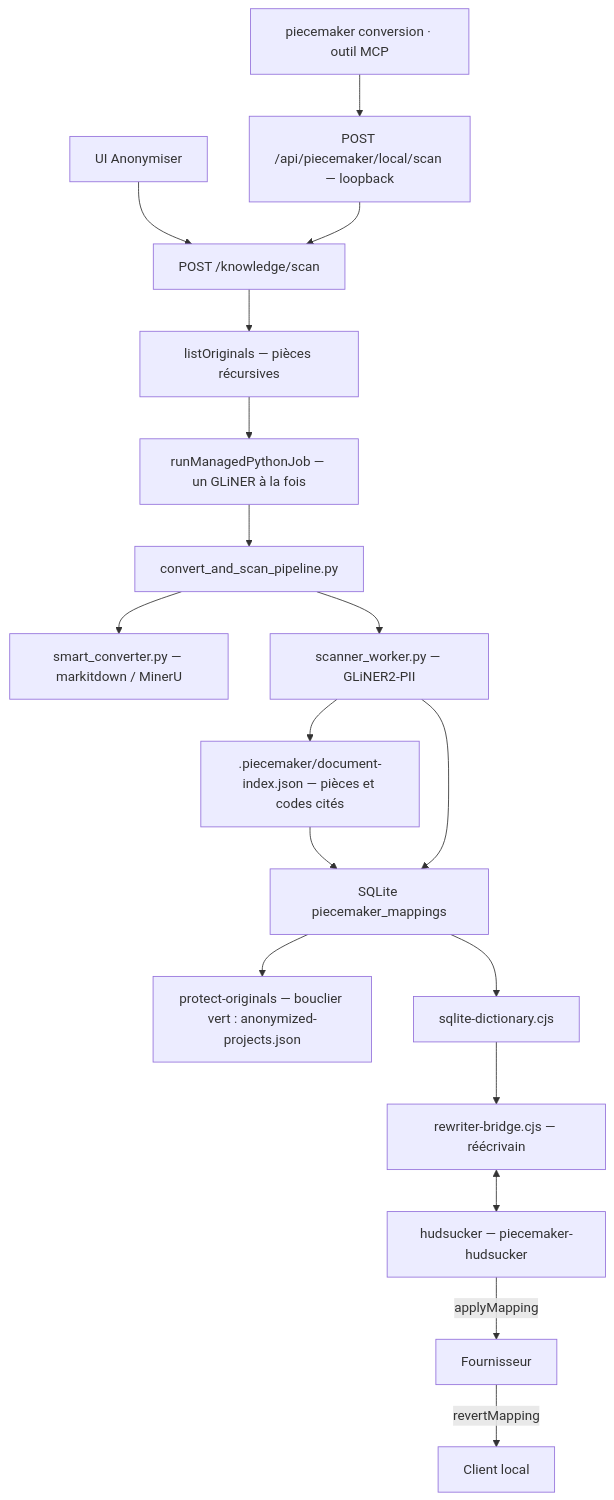
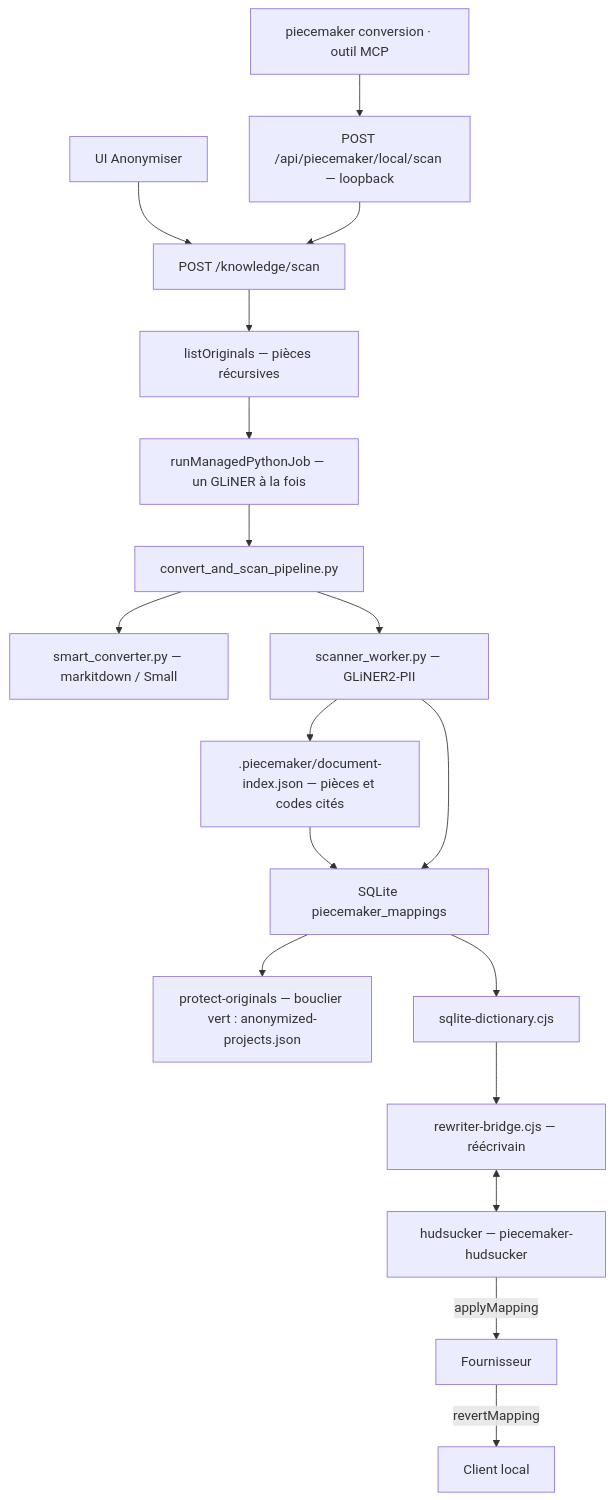
The diagram in docs/anonymisation.md (PieceMaker-Legal/piecemaker-droit-francais), drawn with Mermaid before and after one commit. The commit also changed other lines of this file and 30 other files, not shown here.

First line of the commit message:
feat(ocr): remplacer MinerU par PP-OCRv6 Small

````diff
--- a/docs/anonymisation.md
+++ b/docs/anonymisation.md
@@ -15,20 +15,20 @@
 ```mermaid
 flowchart TD
   UI["UI Anonymiser"] --> API["POST /knowledge/scan"]
   CLI["piecemaker conversion · outil MCP"] --> LOCAL["POST /api/piecemaker/local/scan — loopback"]
   LOCAL --> API
   API --> LIST["listOriginals — pièces récursives"]
   LIST --> LOCK["runManagedPythonJob — un GLiNER à la fois"]
   LOCK --> PY["convert_and_scan_pipeline.py"]
-  PY --> MD["smart_converter.py — markitdown / MinerU"]
+  PY --> MD["smart_converter.py — markitdown / Small"]
   PY --> SCAN["scanner_worker.py — GLiNER2-PII"]
   SCAN --> IDX[".piecemaker/document-index.json — pièces et codes cités"]
   IDX --> SQL
   SCAN --> SQL["SQLite piecemaker_mappings"]
   SQL --> HOOK["protect-originals — bouclier vert : anonymized-projects.json"]
   SQL --> DICT["sqlite-dictionary.cjs"]
   DICT --> BRIDGE["rewriter-bridge.cjs — réécrivain"]
   BRIDGE <--> PROXY["hudsucker — piecemaker-hudsucker"]
   PROXY -->|"applyMapping"| UP["Fournisseur"]
   UP -->|"revertMapping"| DOWN["Client local"]
 ```
````
